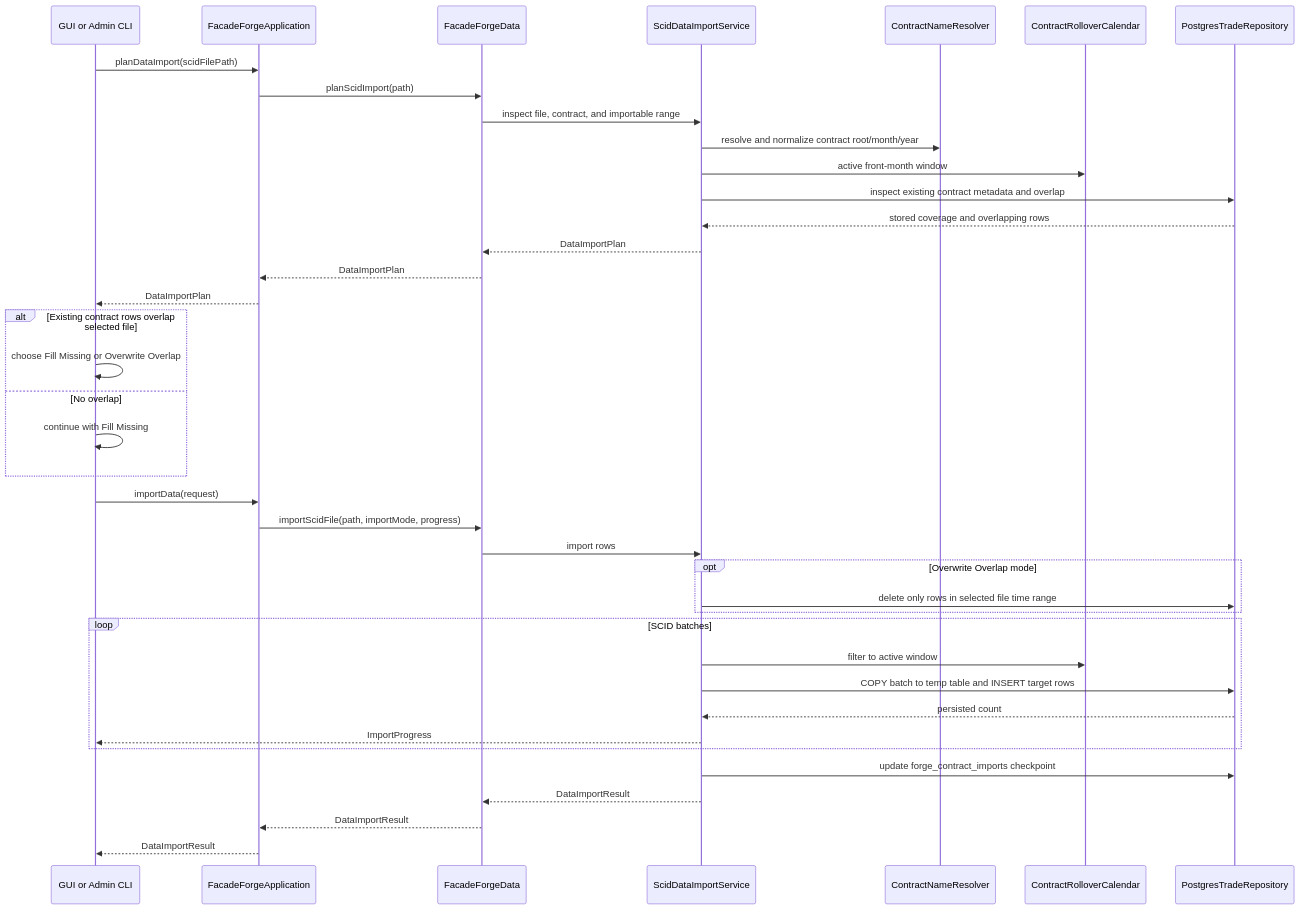
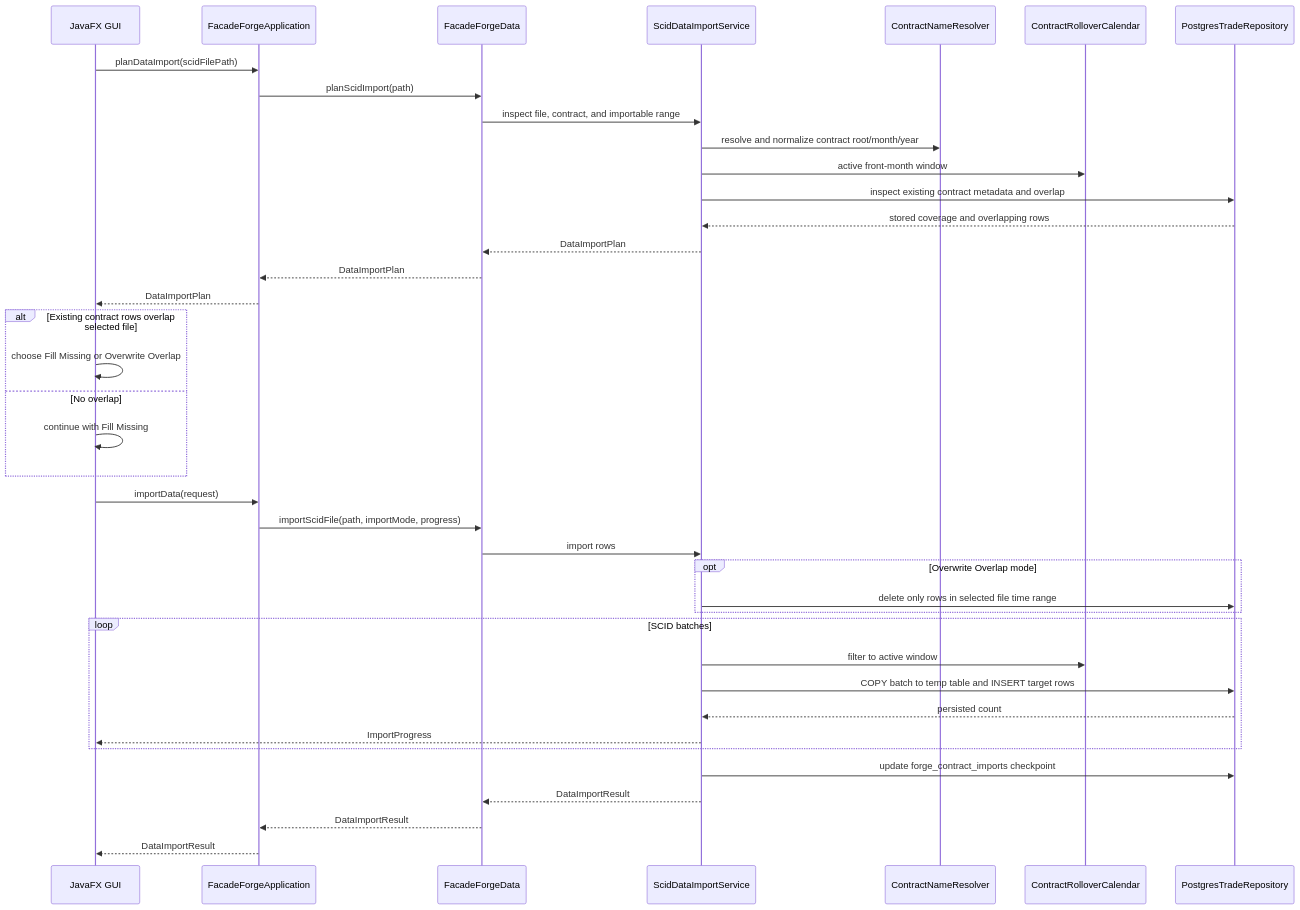
Before and after one commit to probst-paul/FORGE: the diagram in docs/diagrams/data-import-flow.md, drawn with Mermaid. The commit also changed 39 other files, not shown here.

First line of the commit message:
Remove CLI support and make GUI the main entry

````diff
--- a/docs/diagrams/data-import-flow.md
+++ b/docs/diagrams/data-import-flow.md
@@ -3,44 +3,44 @@
 ```mermaid
 sequenceDiagram
-    participant UI as GUI or Admin CLI
+    participant UI as JavaFX GUI
     participant App as FacadeForgeApplication
     participant Data as FacadeForgeData
     participant Importer as ScidDataImportService
     participant Contract as ContractNameResolver
     participant Rollover as ContractRolloverCalendar
     participant Repo as PostgresTradeRepository
 
     UI->>App: planDataImport(scidFilePath)
     App->>Data: planScidImport(path)
     Data->>Importer: inspect file, contract, and importable range
     Importer->>Contract: resolve and normalize contract root/month/year
     Importer->>Rollover: active front-month window
     Importer->>Repo: inspect existing contract metadata and overlap
     Repo-->>Importer: stored coverage and overlapping rows
     Importer-->>Data: DataImportPlan
     Data-->>App: DataImportPlan
     App-->>UI: DataImportPlan
 
     alt Existing contract rows overlap selected file
         UI->>UI: choose Fill Missing or Overwrite Overlap
     else No overlap
         UI->>UI: continue with Fill Missing
     end
 
     UI->>App: importData(request)
     App->>Data: importScidFile(path, importMode, progress)
     Data->>Importer: import rows
     opt Overwrite Overlap mode
         Importer->>Repo: delete only rows in selected file time range
     end
     loop SCID batches
         Importer->>Rollover: filter to active window
         Importer->>Repo: COPY batch to temp table and INSERT target rows
         Repo-->>Importer: persisted count
         Importer-->>UI: ImportProgress
     end
     Importer->>Repo: update forge_contract_imports checkpoint
     Importer-->>Data: DataImportResult
     Data-->>App: DataImportResult
     App-->>UI: DataImportResult
 ```
````
